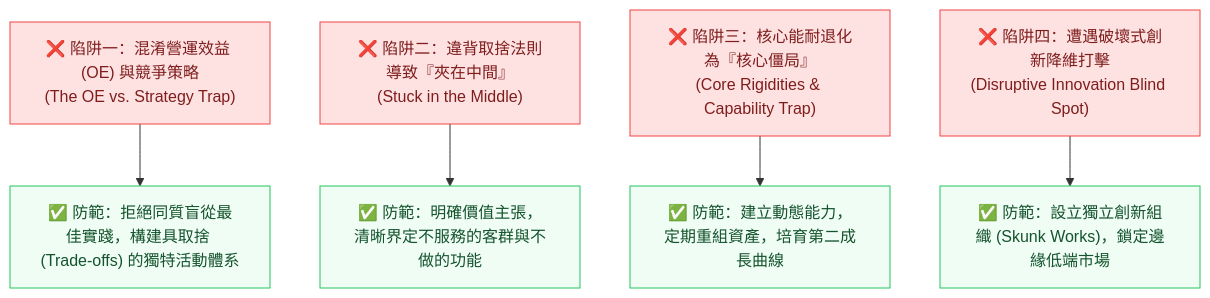
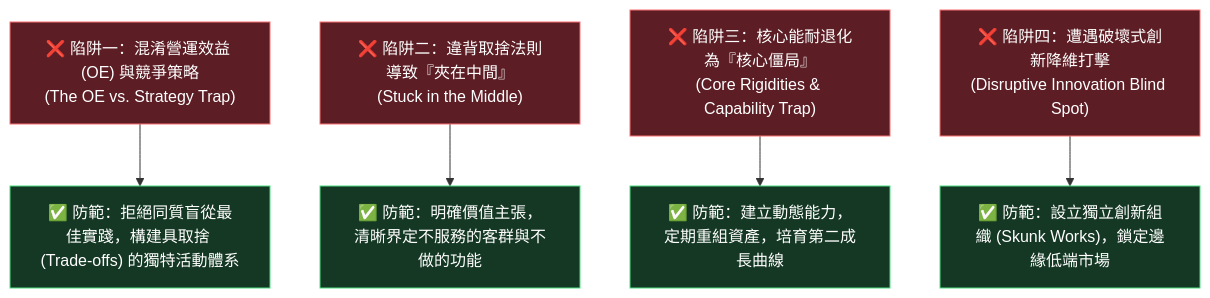
Before and after one commit to Jimlin0428/my-digital-garden: the eighth of 8 diagrams in src/site/notes/98_商業概念庫/competitive-advantage_競爭優勢.md, drawn with Mermaid. The commit also changed other lines of this file and 58 other files, not shown here.

````diff
--- a/src/site/notes/98_商業概念庫/competitive-advantage_競爭優勢.md
+++ b/src/site/notes/98_商業概念庫/competitive-advantage_競爭優勢.md
@@ -375,16 +375,16 @@
 ```mermaid
 flowchart TD
     Trap1["❌ 陷阱一：混淆營運效益 (OE) 與競爭策略<br>(The OE vs. Strategy Trap)"] --> S1["✅ 防範：拒絕同質盲從最佳實踐，構建具取捨 (Trade-offs) 的獨特活動體系"]
     Trap2["❌ 陷阱二：違背取捨法則導致『夾在中間』<br>(Stuck in the Middle)"] --> S2["✅ 防範：明確價值主張，清晰界定不服務的客群與不做的功能"]
     Trap3["❌ 陷阱三：核心能耐退化為『核心僵局』<br>(Core Rigidities & Capability Trap)"] --> S3["✅ 防範：建立動態能力，定期重組資產，培育第二成長曲線"]
     Trap4["❌ 陷阱四：遭遇破壞式創新降維打擊<br>(Disruptive Innovation Blind Spot)"] --> S4["✅ 防範：設立獨立創新組織 (Skunk Works)，鎖定邊緣低端市場"]
 
-    style Trap1 fill:#fee2e2,stroke:#ef4444,stroke-width:1px,color:#7f1d1d
-    style Trap2 fill:#fee2e2,stroke:#ef4444,stroke-width:1px,color:#7f1d1d
-    style Trap3 fill:#fee2e2,stroke:#ef4444,stroke-width:1px,color:#7f1d1d
-    style Trap4 fill:#fee2e2,stroke:#ef4444,stroke-width:1px,color:#7f1d1d
-    style S1 fill:#f0fdf4,stroke:#22c55e,stroke-width:1px,color:#14532d
-    style S2 fill:#f0fdf4,stroke:#22c55e,stroke-width:1px,color:#14532d
-    style S3 fill:#f0fdf4,stroke:#22c55e,stroke-width:1px,color:#14532d
-    style S4 fill:#f0fdf4,stroke:#22c55e,stroke-width:1px,color:#14532d
+    style Trap1 fill:#5c1d24,stroke:#f87171,stroke-width:1px,color:#ffffff
+    style Trap2 fill:#5c1d24,stroke:#f87171,stroke-width:1px,color:#ffffff
+    style Trap3 fill:#5c1d24,stroke:#f87171,stroke-width:1px,color:#ffffff
+    style Trap4 fill:#5c1d24,stroke:#f87171,stroke-width:1px,color:#ffffff
+    style S1 fill:#143823,stroke:#4ade80,stroke-width:1px,color:#ffffff
+    style S2 fill:#143823,stroke:#4ade80,stroke-width:1px,color:#ffffff
+    style S3 fill:#143823,stroke:#4ade80,stroke-width:1px,color:#ffffff
+    style S4 fill:#143823,stroke:#4ade80,stroke-width:1px,color:#ffffff
 ```
````
